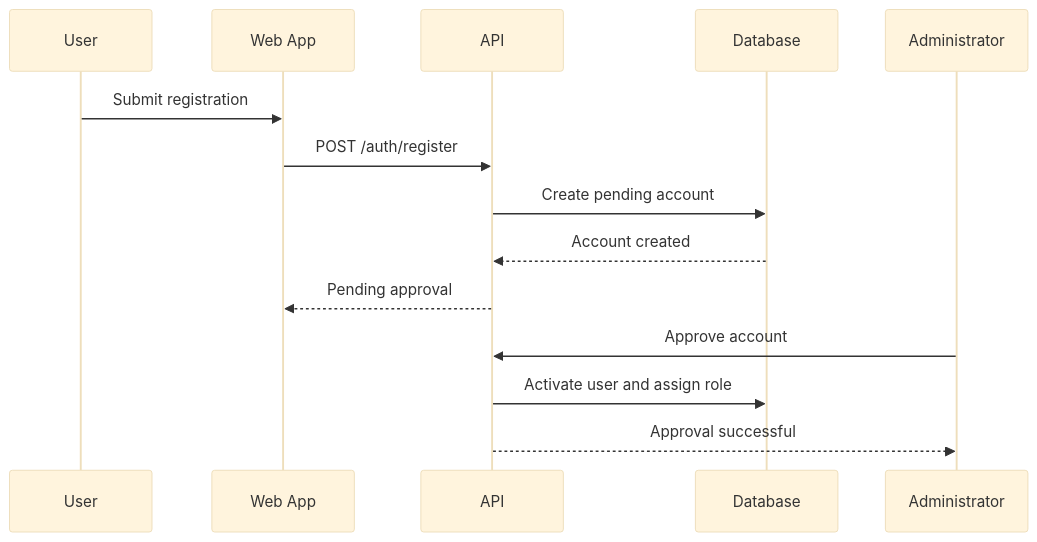
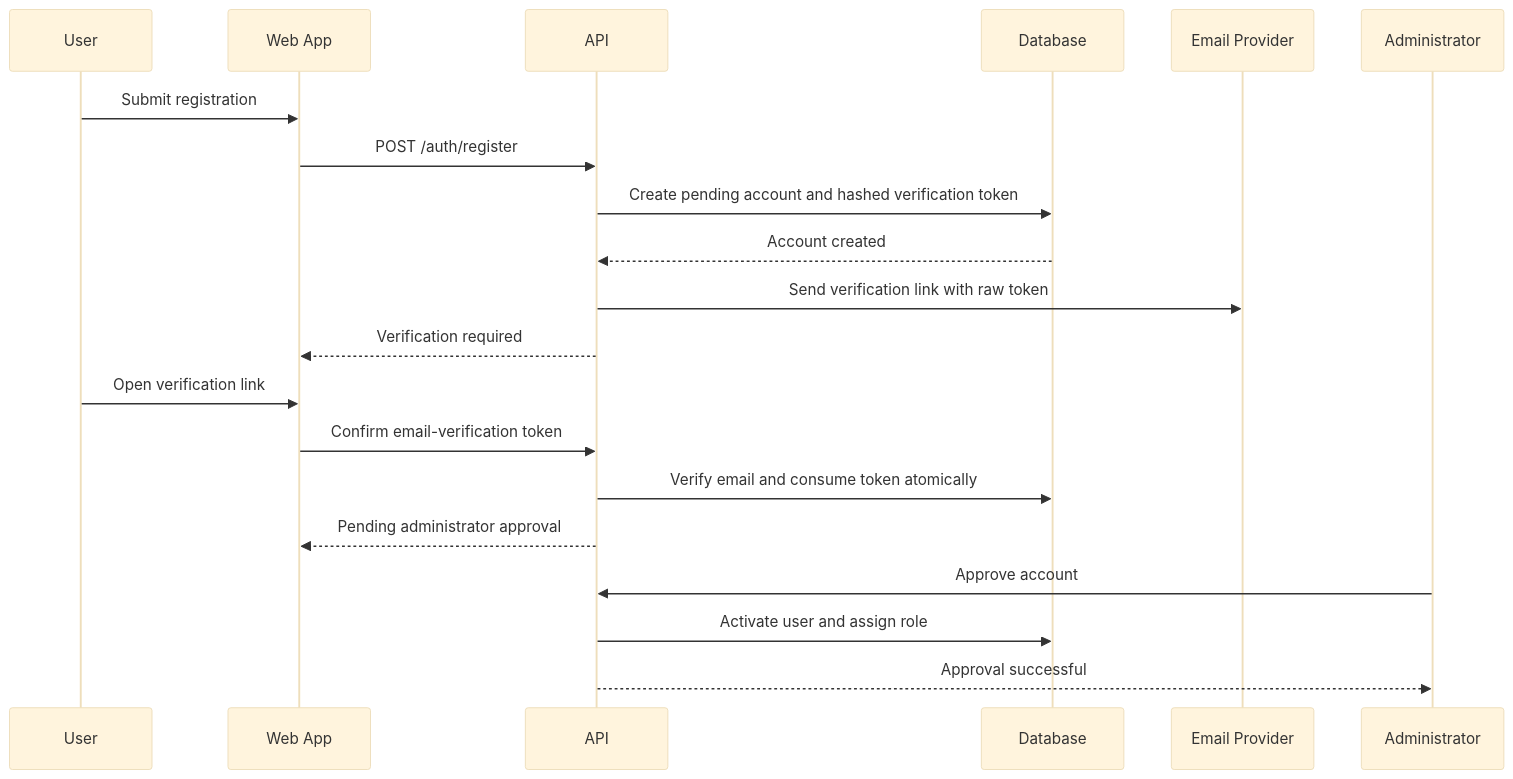
The second of 5 diagrams in docs/ARCHITECTURE.md (aklademarco/arrows-management-system), drawn with Mermaid (base theme) before and after one commit. The commit also changed other lines of this file, not shown here.

Commit message:
feat: implement email verification and account action token management in architecture

````diff
--- a/docs/ARCHITECTURE.md
+++ b/docs/ARCHITECTURE.md
@@ -479,17 +485,23 @@
 ```mermaid
 sequenceDiagram
     participant U as User
     participant W as Web App
     participant A as API
     participant D as Database
+    participant E as Email Provider
     participant ADM as Administrator
 
     U->>W: Submit registration
     W->>A: POST /auth/register
-    A->>D: Create pending account
+    A->>D: Create pending account and hashed verification token
     D-->>A: Account created
-    A-->>W: Pending approval
+    A->>E: Send verification link with raw token
+    A-->>W: Verification required
+    U->>W: Open verification link
+    W->>A: Confirm email-verification token
+    A->>D: Verify email and consume token atomically
+    A-->>W: Pending administrator approval
     ADM->>A: Approve account
     A->>D: Activate user and assign role
     A-->>ADM: Approval successful
 ```
````
